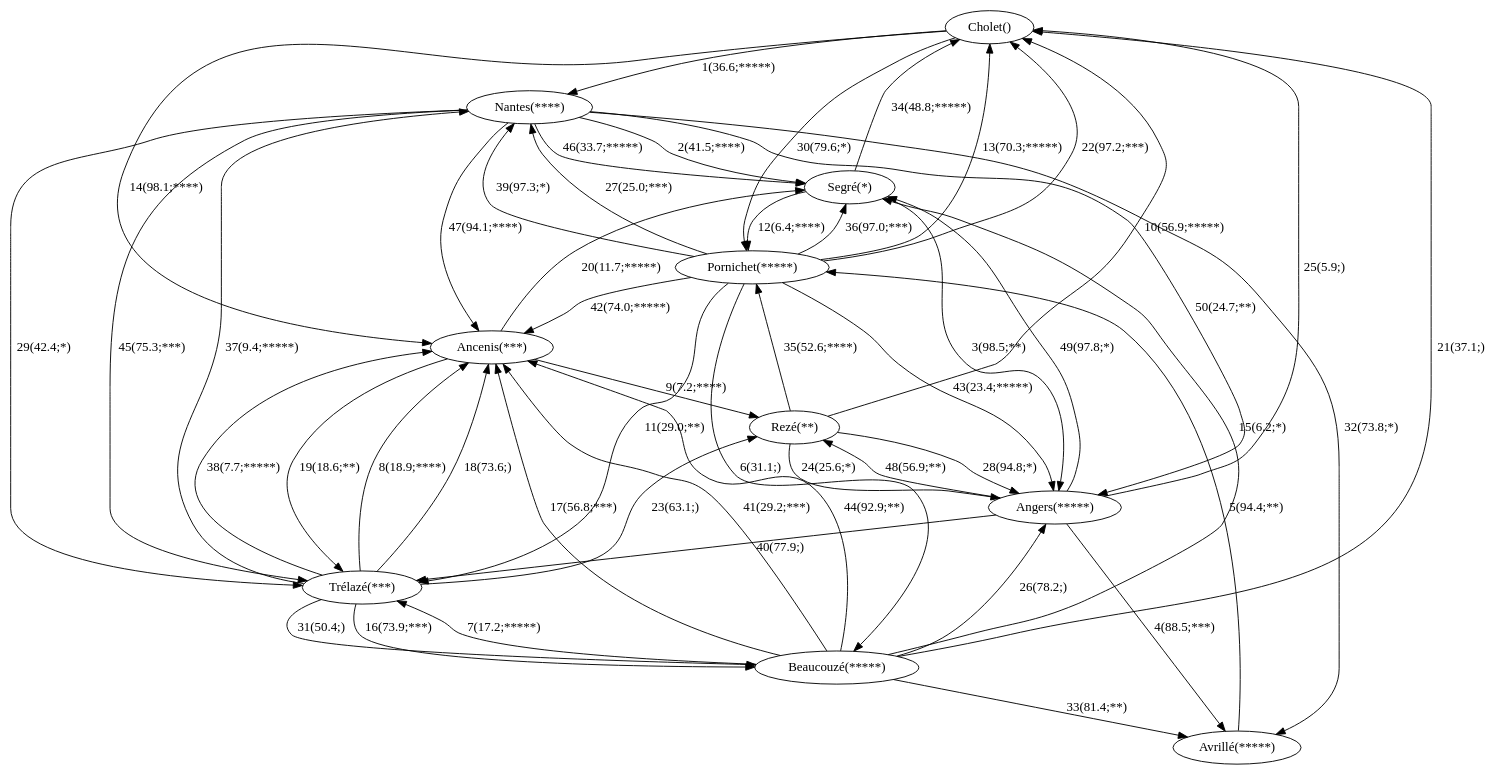
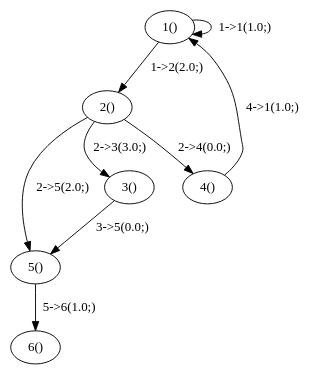
The diagram in GraphProject/out.dot (Latoof/GraphProject), drawn with Graphviz before and after one commit. The commit also changed 2 other files, not shown here.

```diff
--- a/GraphProject/out.dot
+++ b/GraphProject/out.dot
@@ -1,62 +1,16 @@
-digraph {
-1 [label="Cholet()"]
-2 [label="Nantes(****)"]
-3 [label="Segré(*)"]
-4 [label="Angers(*****)"]
-5 [label="Avrillé(*****)"]
-6 [label="Pornichet(*****)"]
-7 [label="Beaucouzé(*****)"]
-8 [label="Trélazé(***)"]
-9 [label="Ancenis(***)"]
-10 [label="Rezé(**)"]
-1->2 [label="1(36.6;*****)"]
-2->3 [label="2(41.5;****)"]
-3->4 [label="3(98.5;**)"]
-4->5 [label="4(88.5;***)"]
-5->6 [label="5(94.4;**)"]
-6->7 [label="6(31.1;)"]
-7->8 [label="7(17.2;*****)"]
-8->9 [label="8(18.9;****)"]
-9->10 [label="9(7.2;****)"]
-10->1 [label="10(56.9;*****)"]
-6->8 [label="11(29.0;**)"]
-3->6 [label="12(6.4;****)"]
-6->1 [label="13(70.3;*****)"]
-1->9 [label="14(98.1;****)"]
-7->3 [label="15(6.2;*)"]
-8->7 [label="16(73.9;***)"]
-7->9 [label="17(56.8;***)"]
-8->9 [label="18(73.6;)"]
-9->8 [label="19(18.6;**)"]
-9->3 [label="20(11.7;*****)"]
-7->1 [label="21(37.1;)"]
-6->1 [label="22(97.2;***)"]
-8->10 [label="23(63.1;)"]
-10->4 [label="24(25.6;*)"]
-4->1 [label="25(5.9;)"]
-7->4 [label="26(78.2;)"]
-6->2 [label="27(25.0;***)"]
-10->4 [label="28(94.8;*)"]
-2->8 [label="29(42.4;*)"]
-1->6 [label="30(79.6;*)"]
-8->7 [label="31(50.4;)"]
-2->5 [label="32(73.8;*)"]
-7->5 [label="33(81.4;**)"]
-3->1 [label="34(48.8;*****)"]
-10->6 [label="35(52.6;****)"]
-6->3 [label="36(97.0;***)"]
-8->2 [label="37(9.4;*****)"]
-8->9 [label="38(7.7;*****)"]
-6->2 [label="39(97.3;*)"]
-4->8 [label="40(77.9;)"]
-7->9 [label="41(29.2;***)"]
-6->9 [label="42(74.0;*****)"]
-6->4 [label="43(23.4;*****)"]
-7->9 [label="44(92.9;**)"]
-2->8 [label="45(75.3;***)"]
-2->3 [label="46(33.7;*****)"]
-2->9 [label="47(94.1;****)"]
-4->10 [label="48(56.9;**)"]
-4->3 [label="49(97.8;*)"]
-2->4 [label="50(24.7;**)"]
+digraph{
+"1" [label="1()"];
+"2" [label="2()"];
+"3" [label="3()"];
+"4" [label="4()"];
+"5" [label="5()"];
+"6" [label="6()"];
+"1" -> "1" [label="1->1(1.0;)"];
+"1" -> "2" [label="1->2(2.0;)"];
+"2" -> "4" [label="2->4(0.0;)"];
+"4" -> "1" [label="4->1(1.0;)"];
+"2" -> "3" [label="2->3(3.0;)"];
+"2" -> "5" [label="2->5(2.0;)"];
+"3" -> "5" [label="3->5(0.0;)"];
+"5" -> "6" [label="5->6(1.0;)"];
 }
```
